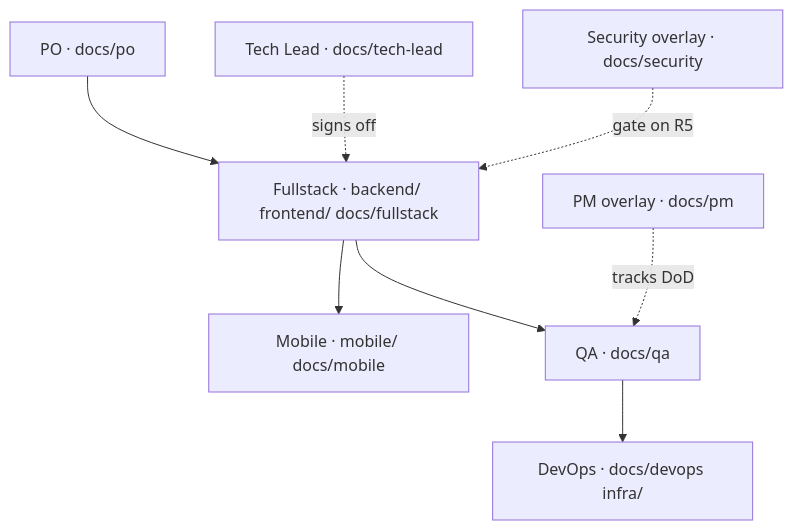
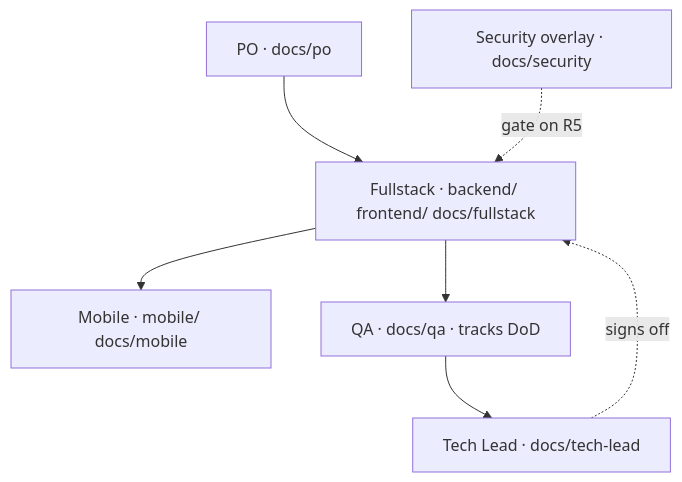
One commit to NemSothea/LifeLinkKh changed the diagram in docs/roles-and-flows.md. Above: the diagram before and after it, drawn with Mermaid. The commit also changed other lines of this file and 18 other files, not shown here.

First line of the commit message:
docs: drop DevOps and PM roles, Moeun Nithvaraman to PO

````diff
--- a/docs/roles-and-flows.md
+++ b/docs/roles-and-flows.md
@@ -5,10 +5,9 @@
 ```mermaid
 flowchart TD
   PO[PO · docs/po] --> FS[Fullstack · backend/ frontend/ docs/fullstack]
   TL[Tech Lead · docs/tech-lead] -. signs off .-> FS
   SEC[Security overlay · docs/security] -. gate on R5 .-> FS
   FS --> MOB[Mobile · mobile/ docs/mobile]
-  FS --> QA[QA · docs/qa]
-  QA --> DEVOPS[DevOps · docs/devops infra/]
-  PM[PM overlay · docs/pm] -. tracks DoD .-> QA
+  FS --> QA[QA · docs/qa · tracks DoD]
+  QA --> TL
 ```
````
